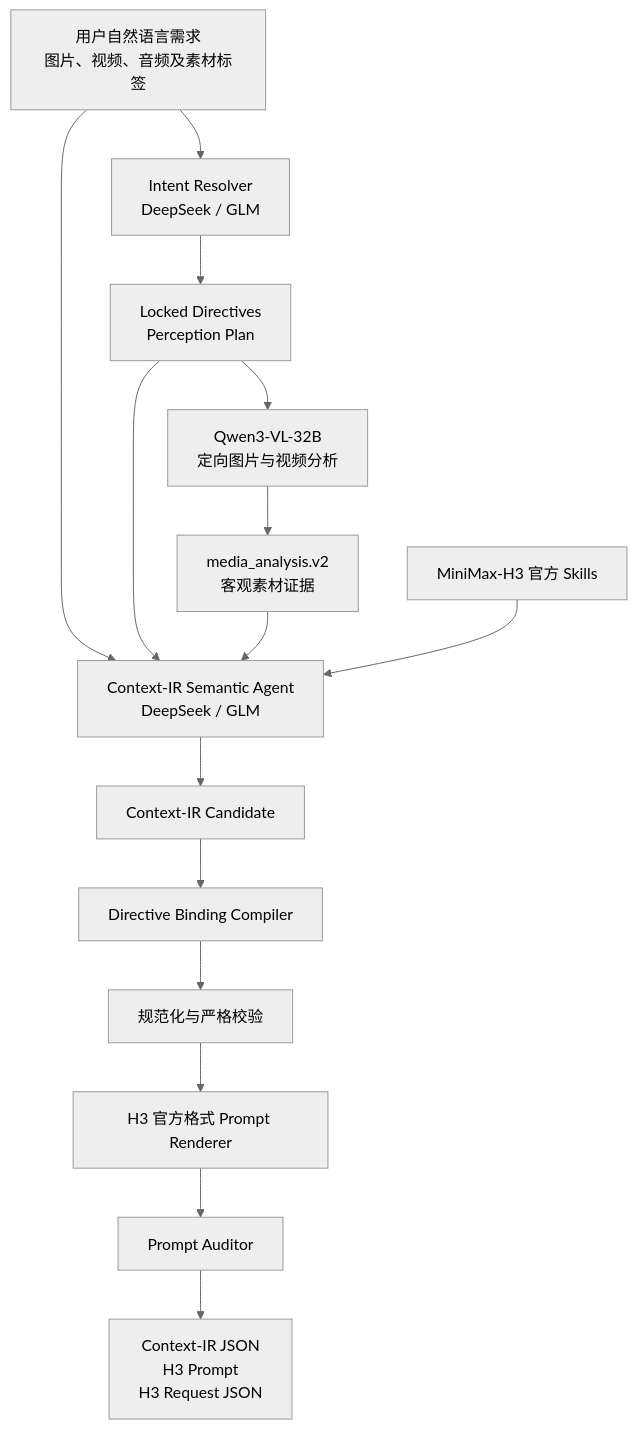
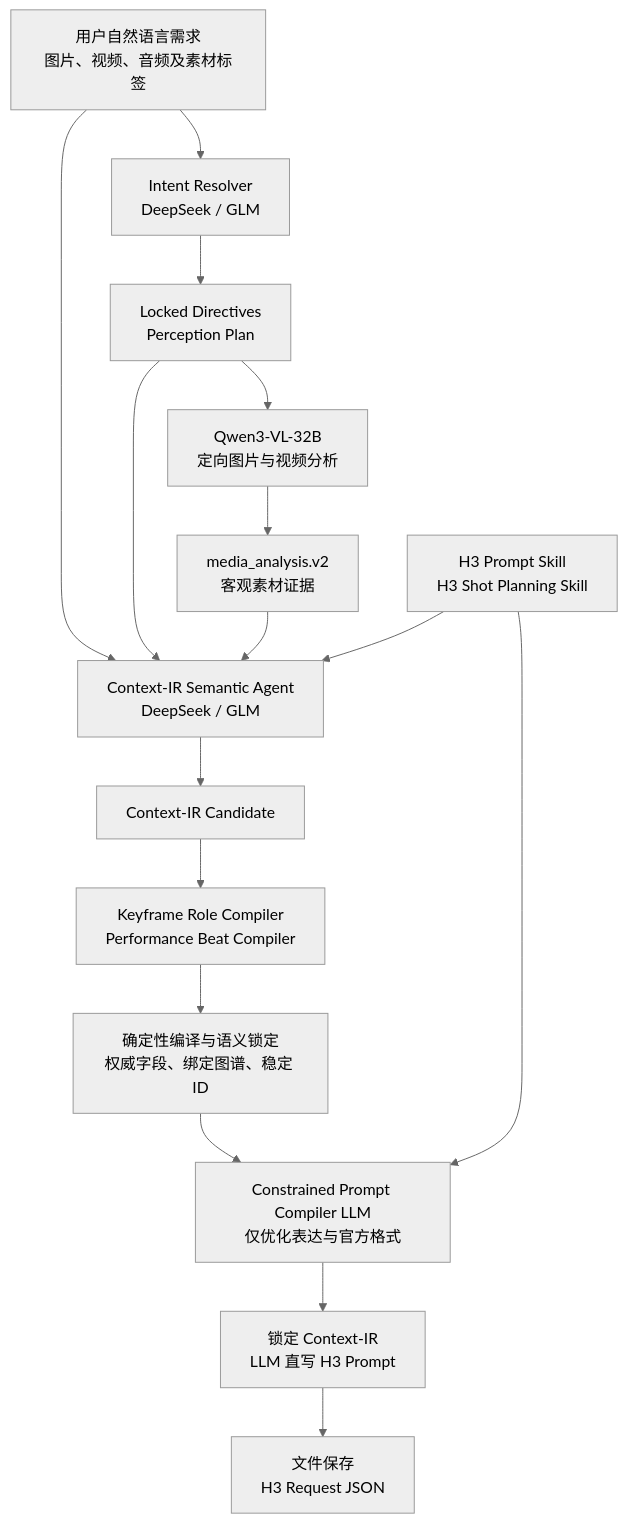
The diagram in README.md (XINGSHEN2/minimax-H3-context-IR), drawn with Mermaid (neutral theme) before and after one commit. The commit also changed other lines of this file and 97 other files, not shown here.

````diff
--- a/README.md
+++ b/README.md
@@ -86,17 +86,18 @@
 ```mermaid
 flowchart TD
     A["用户自然语言需求<br/>图片、视频、音频及素材标签"] --> B["Intent Resolver<br/>DeepSeek / GLM"]
     B --> C["Locked Directives<br/>Perception Plan"]
     C --> D["Qwen3-VL-32B<br/>定向图片与视频分析"]
     D --> E["media_analysis.v2<br/>客观素材证据"]
     A --> F["Context-IR Semantic Agent<br/>DeepSeek / GLM"]
     C --> F
     E --> F
-    G["MiniMax-H3 官方 Skills"] --> F
+    G["H3 Prompt Skill<br/>H3 Shot Planning Skill"] --> F
     F --> H["Context-IR Candidate"]
-    H --> I["Directive Binding Compiler"]
-    I --> J["规范化与严格校验"]
-    J --> K["H3 官方格式 Prompt Renderer"]
-    K --> L["Prompt Auditor"]
-    L --> M["Context-IR JSON<br/>H3 Prompt<br/>H3 Request JSON"]
+    H --> R["Keyframe Role Compiler<br/>Performance Beat Compiler"]
+    R --> I["确定性编译与语义锁定<br/>权威字段、绑定图谱、稳定 ID"]
+    I --> J["Constrained Prompt Compiler LLM<br/>仅优化表达与官方格式"]
+    G --> J
+    J --> K["锁定 Context-IR<br/>LLM 直写 H3 Prompt"]
+    K --> M["文件保存<br/>H3 Request JSON"]
 ```
````
